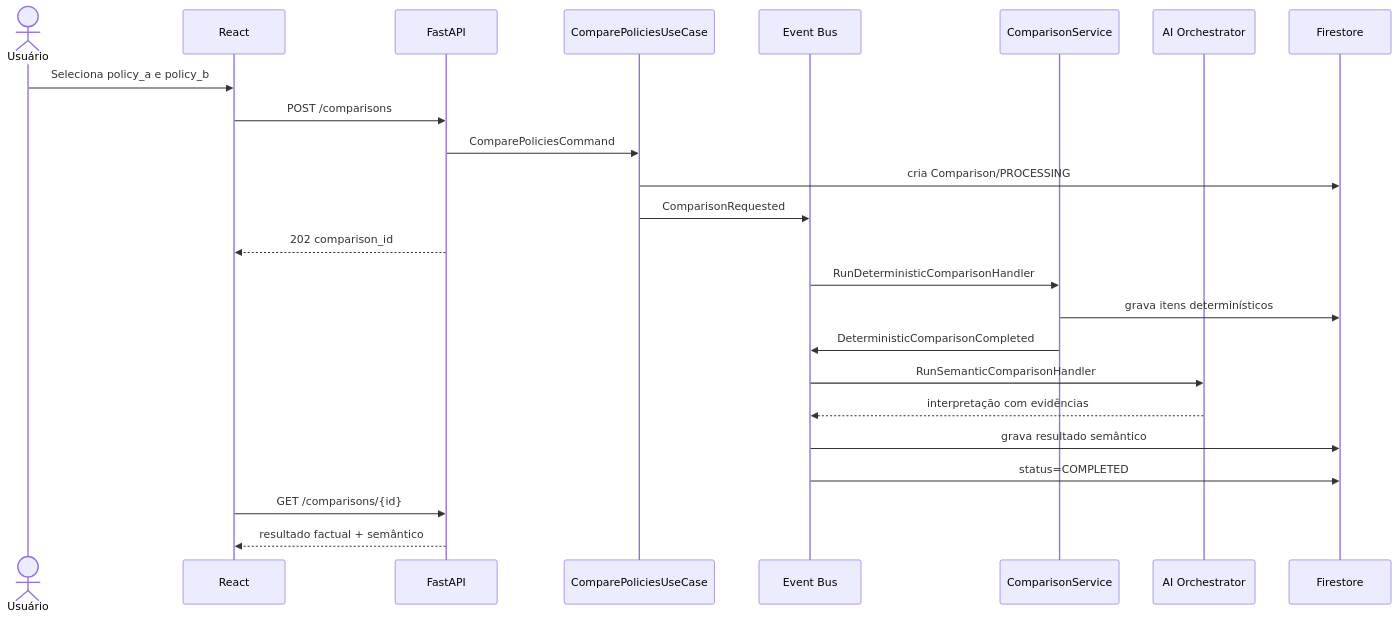
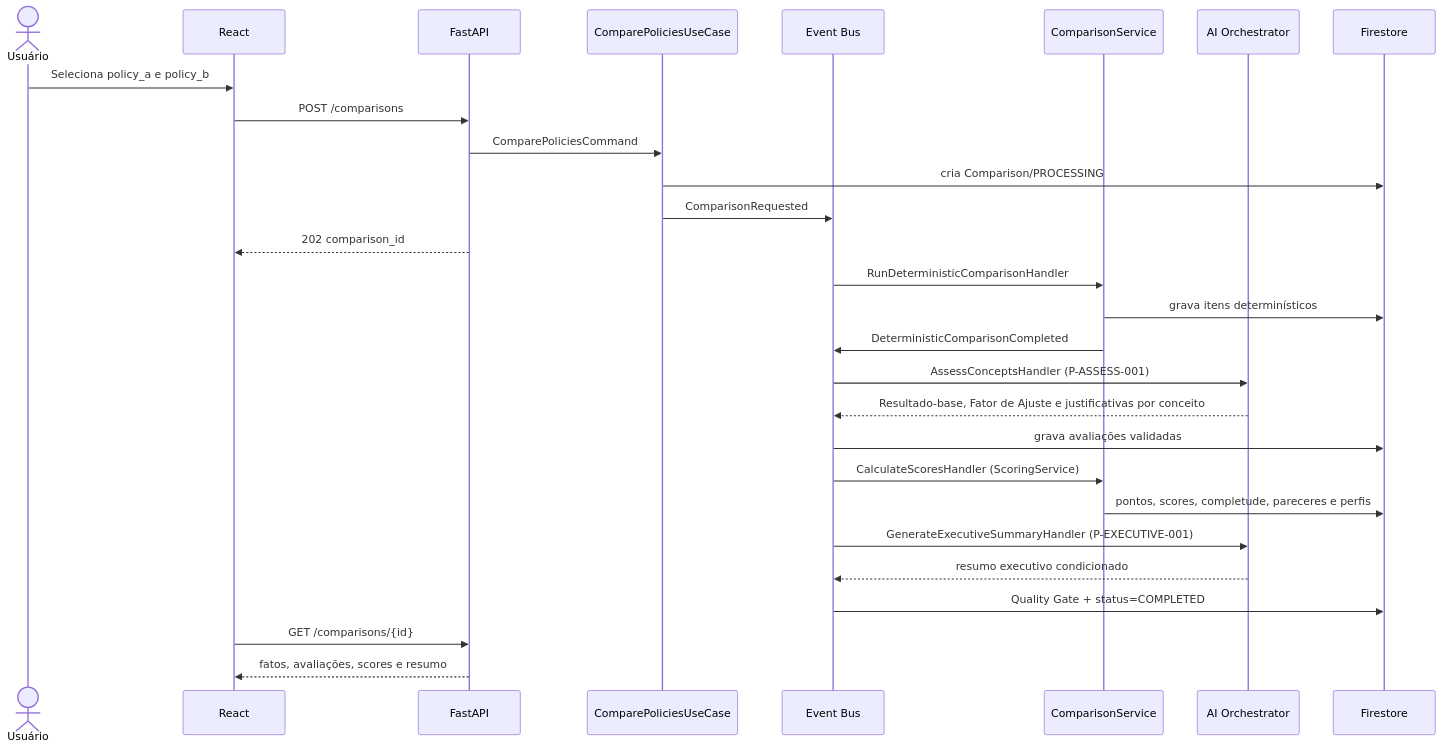
Before and after one commit to SantanaYure/ClauseAI: the third of 3 diagrams in docs/architecture/ARCHITECTURE_OVERVIEW.md, drawn with Mermaid. The commit also changed other lines of this file and 14 other files, not shown here.

````diff
--- a/docs/architecture/ARCHITECTURE_OVERVIEW.md
+++ b/docs/architecture/ARCHITECTURE_OVERVIEW.md
@@ -109,27 +121,31 @@
 ```mermaid
 sequenceDiagram
     actor User as Usuário
     participant UI as React
     participant API as FastAPI
     participant App as ComparePoliciesUseCase
     participant Bus as Event Bus
     participant Det as ComparisonService
     participant AI as AI Orchestrator
     participant DB as Firestore
 
     User->>UI: Seleciona policy_a e policy_b
     UI->>API: POST /comparisons
     API->>App: ComparePoliciesCommand
     App->>DB: cria Comparison/PROCESSING
     App->>Bus: ComparisonRequested
     API-->>UI: 202 comparison_id
     Bus->>Det: RunDeterministicComparisonHandler
     Det->>DB: grava itens determinísticos
     Det->>Bus: DeterministicComparisonCompleted
-    Bus->>AI: RunSemanticComparisonHandler
-    AI-->>Bus: interpretação com evidências
-    Bus->>DB: grava resultado semântico
-    Bus->>DB: status=COMPLETED
+    Bus->>AI: AssessConceptsHandler (P-ASSESS-001)
+    AI-->>Bus: Resultado-base, Fator de Ajuste e justificativas por conceito
+    Bus->>DB: grava avaliações validadas
+    Bus->>Det: CalculateScoresHandler (ScoringService)
+    Det->>DB: pontos, scores, completude, pareceres e perfis
+    Bus->>AI: GenerateExecutiveSummaryHandler (P-EXECUTIVE-001)
+    AI-->>Bus: resumo executivo condicionado
+    Bus->>DB: Quality Gate + status=COMPLETED
     UI->>API: GET /comparisons/{id}
-    API-->>UI: resultado factual + semântico
+    API-->>UI: fatos, avaliações, scores e resumo
 ```
````
